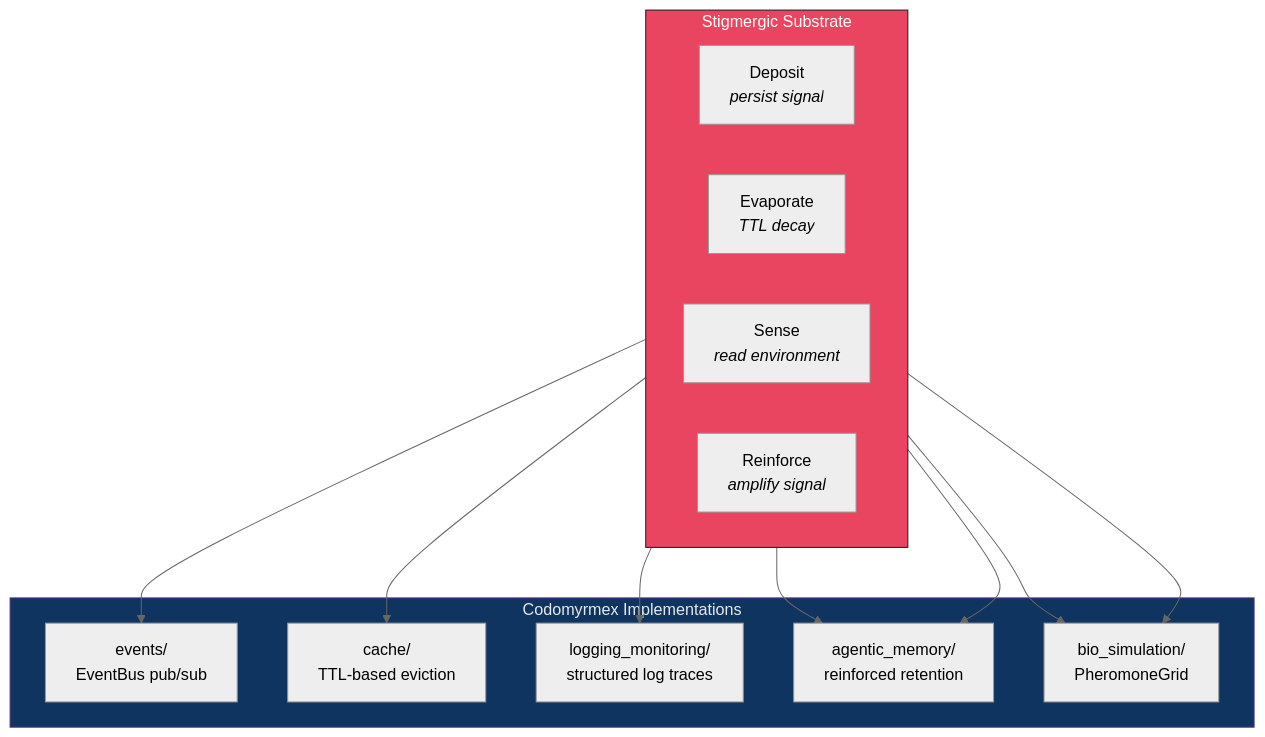
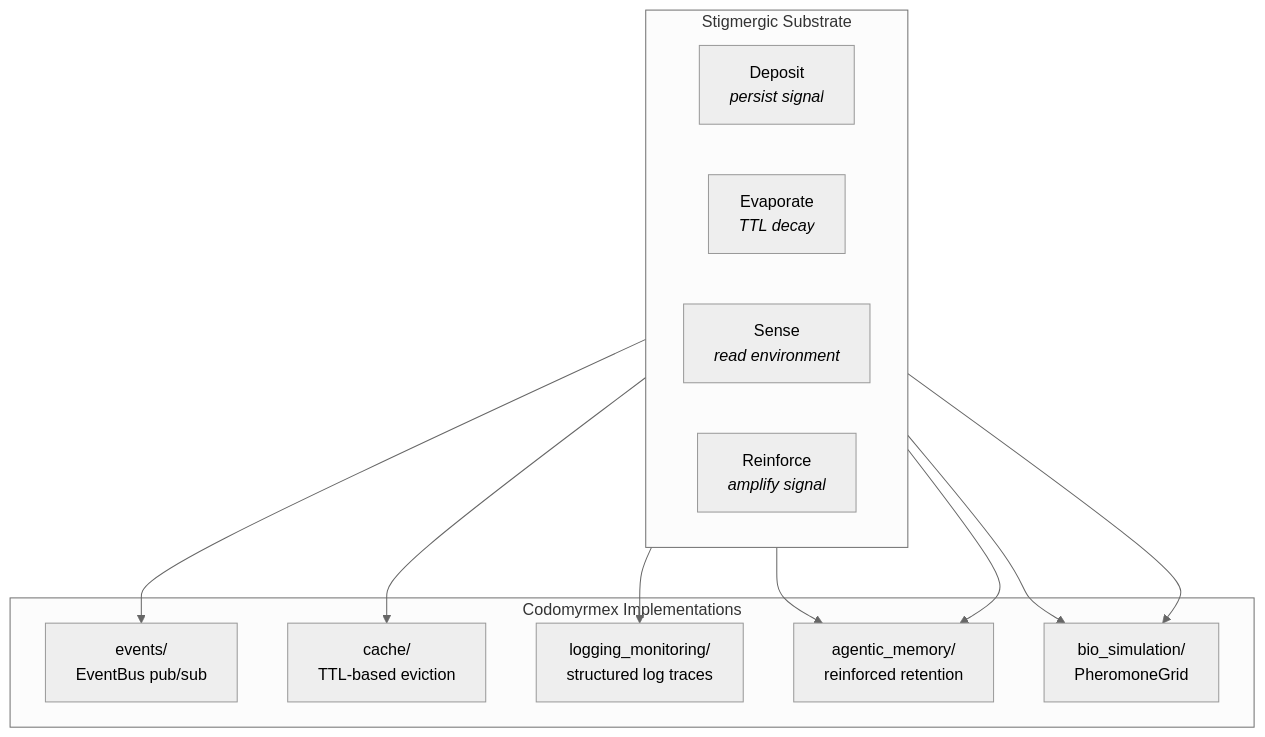
One commit to docxology/codomyrmex changed the second of 2 diagrams in docs/bio/stigmergy.md. Above: the diagram before and after it, drawn with Mermaid (neutral theme). The commit also changed 86 other files, not shown here.

````diff
--- a/docs/bio/stigmergy.md
+++ b/docs/bio/stigmergy.md
@@ -59,29 +59,26 @@
 ```mermaid
 graph TB
     subgraph STIG["Stigmergic Substrate"]
         direction LR
         DEPOSIT["Deposit<br/><i>persist signal</i>"]
         EVAPORATE["Evaporate<br/><i>TTL decay</i>"]
         SENSE["Sense<br/><i>read environment</i>"]
         REINFORCE["Reinforce<br/><i>amplify signal</i>"]
     end
 
     subgraph MODULES["Codomyrmex Implementations"]
         EVENTS["events/<br/>EventBus pub/sub"]
         CACHE["cache/<br/>TTL-based eviction"]
         LOGS["logging_monitoring/<br/>structured log traces"]
         AMEM["agentic_memory/<br/>reinforced retention"]
         BIOSIM["bio_simulation/<br/>PheromoneGrid"]
     end
 
     DEPOSIT --> EVENTS
     DEPOSIT --> LOGS
     EVAPORATE --> CACHE
     SENSE --> AMEM
     REINFORCE --> AMEM
     DEPOSIT --> BIOSIM
     EVAPORATE --> BIOSIM
-
-    style STIG fill:#e94560,stroke:#1a1a2e,color:#fff
-    style MODULES fill:#0f3460,stroke:#533483,color:#e8e8e8
 ```
````
